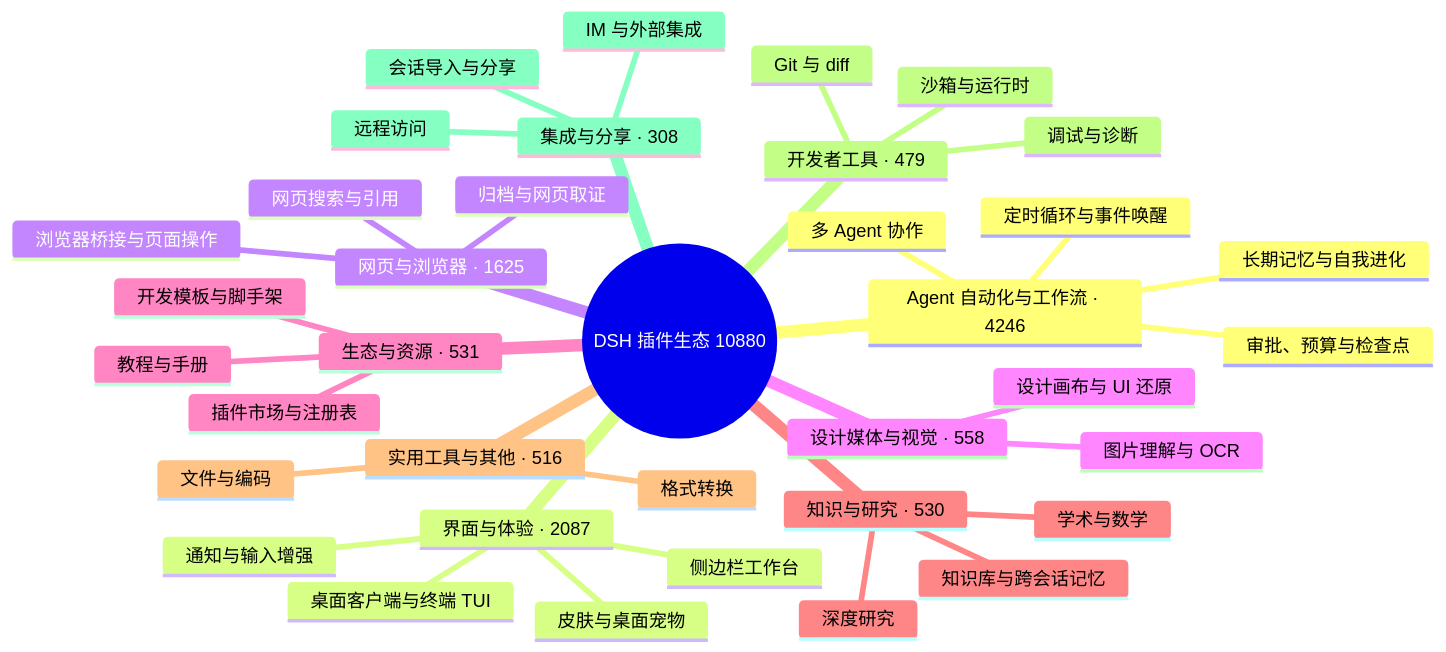
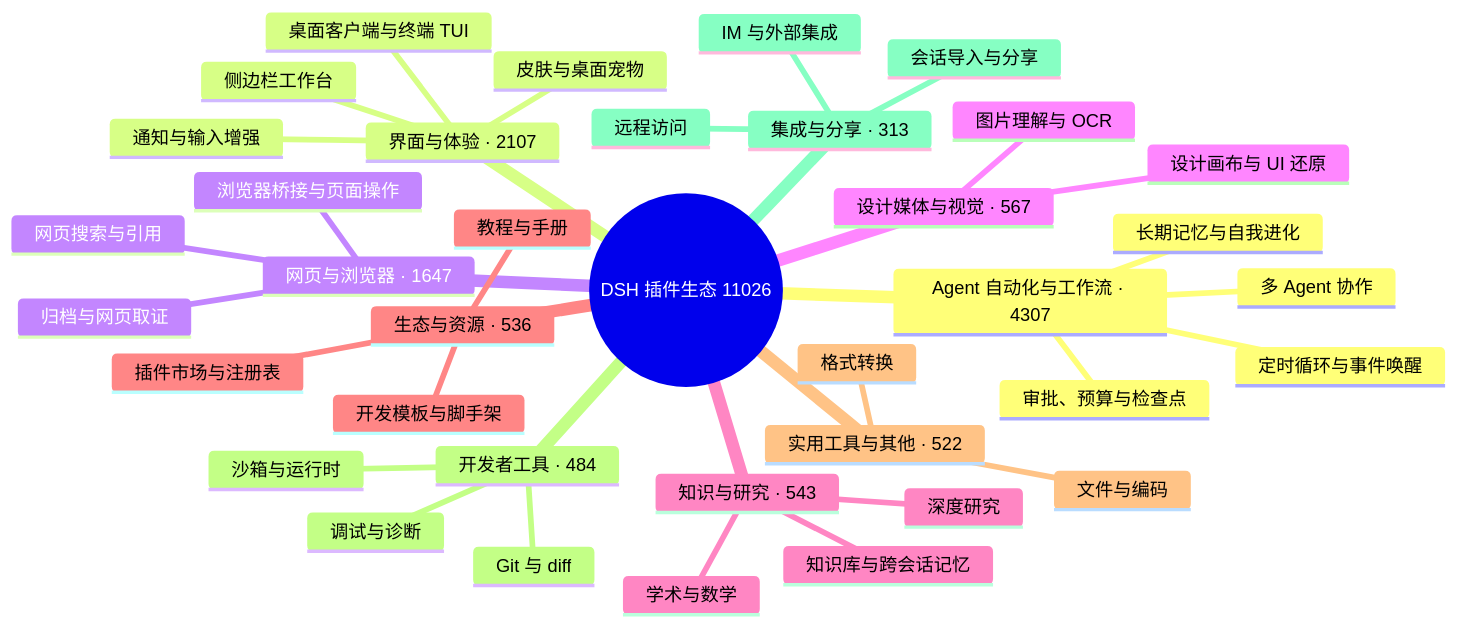
Before and after one commit to bruc3van/awesome-dsh-plugin: the diagram in README.md, drawn with Mermaid. The commit also changed other lines of this file and 19 other files, not shown here.

````diff
--- a/README.md
+++ b/README.md
@@ -33,40 +33,40 @@
 ```mermaid
 mindmap
-  root((DSH 插件生态 10880))
-    Agent 自动化与工作流 · 4246
+  root((DSH 插件生态 11026))
+    Agent 自动化与工作流 · 4307
       定时循环与事件唤醒
       多 Agent 协作
       长期记忆与自我进化
       审批、预算与检查点
-    界面与体验 · 2087
+    界面与体验 · 2107
       桌面客户端与终端 TUI
       侧边栏工作台
       皮肤与桌面宠物
       通知与输入增强
-    网页与浏览器 · 1625
+    网页与浏览器 · 1647
       浏览器桥接与页面操作
       网页搜索与引用
       归档与网页取证
-    设计媒体与视觉 · 558
+    设计媒体与视觉 · 567
       图片理解与 OCR
       设计画布与 UI 还原
-    生态与资源 · 531
+    知识与研究 · 543
+      知识库与跨会话记忆
+      深度研究
+      学术与数学
+    生态与资源 · 536
       插件市场与注册表
       开发模板与脚手架
       教程与手册
-    知识与研究 · 530
-      知识库与跨会话记忆
-      深度研究
-      学术与数学
-    实用工具与其他 · 516
+    实用工具与其他 · 522
       文件与编码
       格式转换
-    开发者工具 · 479
+    开发者工具 · 484
       Git 与 diff
       沙箱与运行时
       调试与诊断
-    集成与分享 · 308
+    集成与分享 · 313
       会话导入与分享
       远程访问
       IM 与外部集成
 ```
````
